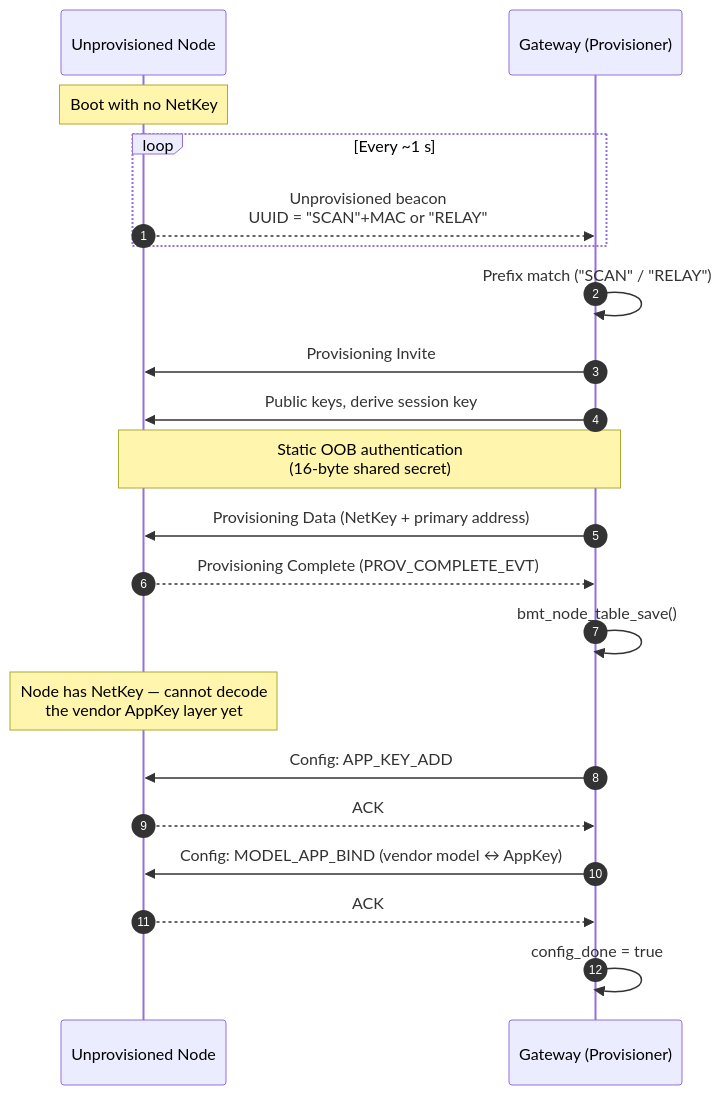
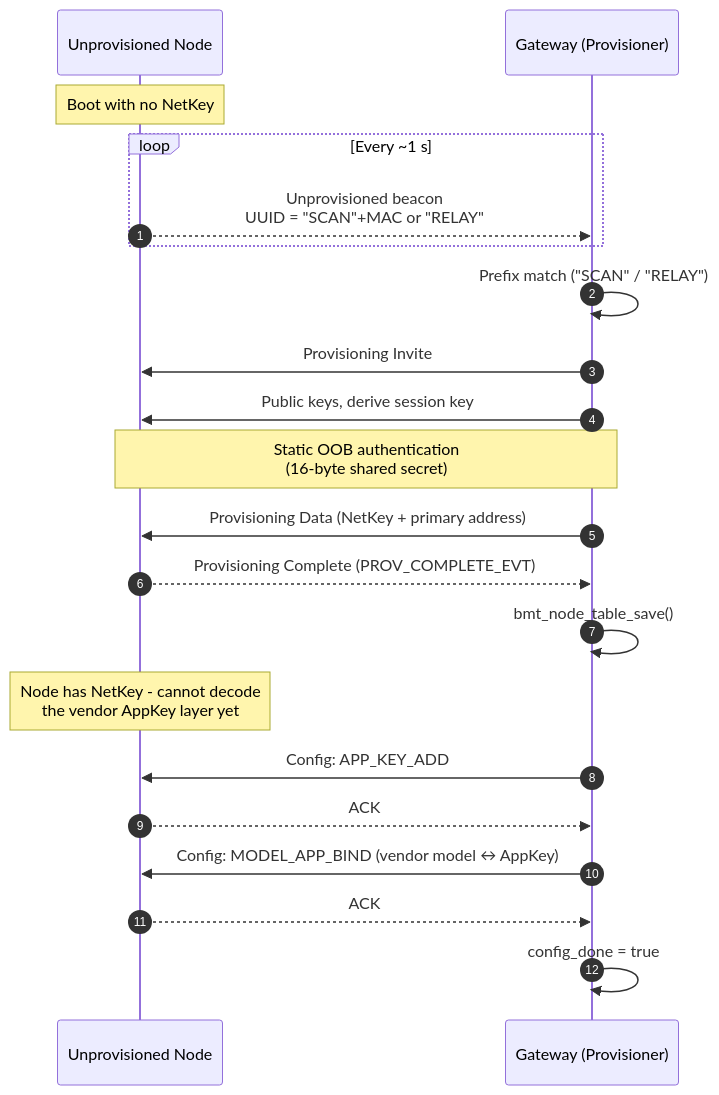
One commit to caotrongphuoc/ble-mesh-tracking changed the diagram in docs/02-ble-mesh.md. Above: the diagram before and after it, drawn with Mermaid. The commit also changed other lines of this file and 15 other files, not shown here.

````diff
--- a/docs/02-ble-mesh.md
+++ b/docs/02-ble-mesh.md
@@ -83,27 +83,27 @@
 ```mermaid
 sequenceDiagram
     autonumber
     participant U as Unprovisioned Node
     participant G as Gateway (Provisioner)
 
     Note over U: Boot with no NetKey
     loop Every ~1 s
         U-->>G: Unprovisioned beacon<br/>UUID = "SCAN"+MAC or "RELAY"
     end
     G->>G: Prefix match ("SCAN" / "RELAY")
 
     G->>U: Provisioning Invite
     G->>U: Public keys, derive session key
     Note over G,U: Static OOB authentication<br/>(16-byte shared secret)
     G->>U: Provisioning Data (NetKey + primary address)
     U-->>G: Provisioning Complete (PROV_COMPLETE_EVT)
     G->>G: bmt_node_table_save()
 
-    Note over U: Node has NetKey — cannot decode<br/>the vendor AppKey layer yet
+    Note over U: Node has NetKey - cannot decode<br/>the vendor AppKey layer yet
 
     G->>U: Config: APP_KEY_ADD
     U-->>G: ACK
     G->>U: Config: MODEL_APP_BIND (vendor model ↔ AppKey)
     U-->>G: ACK
     G->>G: config_done = true
 ```
````
